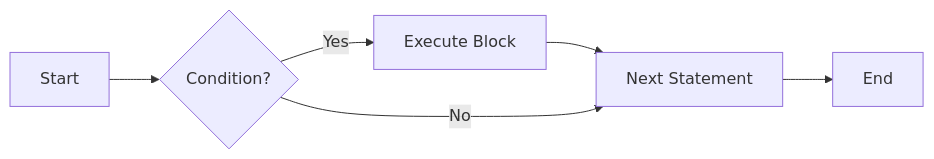
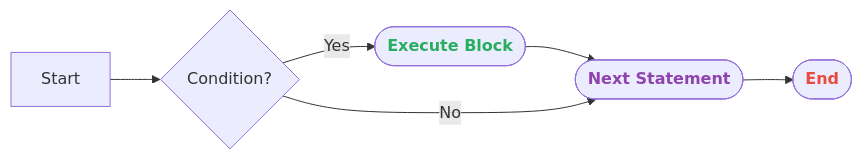
Before and after one commit to infoyouth/infoyouth.github.io: the first of 4 diagrams in _posts/python/2025-10-28-07.-python-control-flow---conditional-statements.md, drawn with Mermaid. The commit also changed other lines of this file, not shown here.

````diff
--- a/_posts/python/2025-10-28-07.-python-control-flow---conditional-statements.md
+++ b/_posts/python/2025-10-28-07.-python-control-flow---conditional-statements.md
@@ -54,8 +60,8 @@
 ```mermaid
 graph LR
     A[Start] --> B{Condition?};
-    B -- Yes --> C[Execute Block];
-    C --> D[Next Statement];
+    B -- Yes --> C([<b style='color:#27ae60'>Execute Block</b>]);
+    C --> D([<b style='color:#8e44ad'>Next Statement</b>]);
     B -- No --> D;
-    D --> E[End];
+    D --> E([<b style='color:#e74c3c'>End</b>]);
 ```
````
